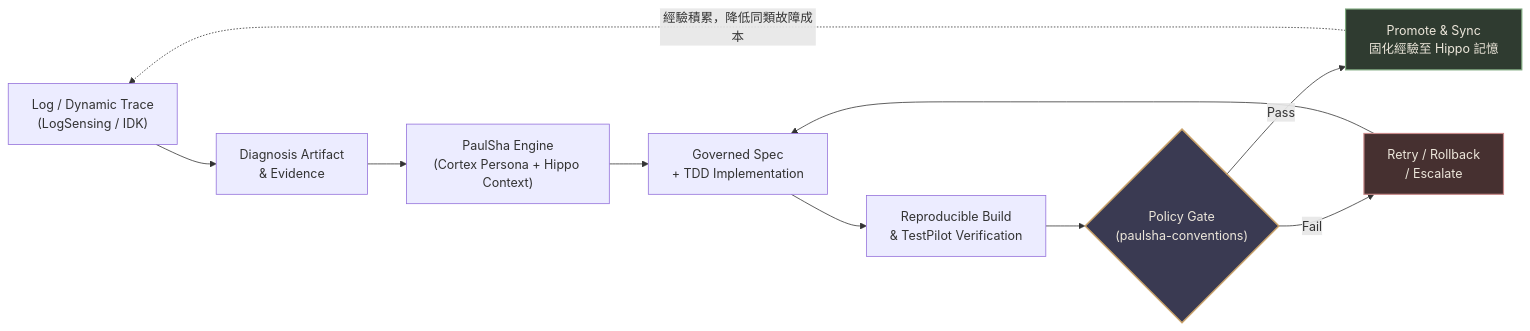
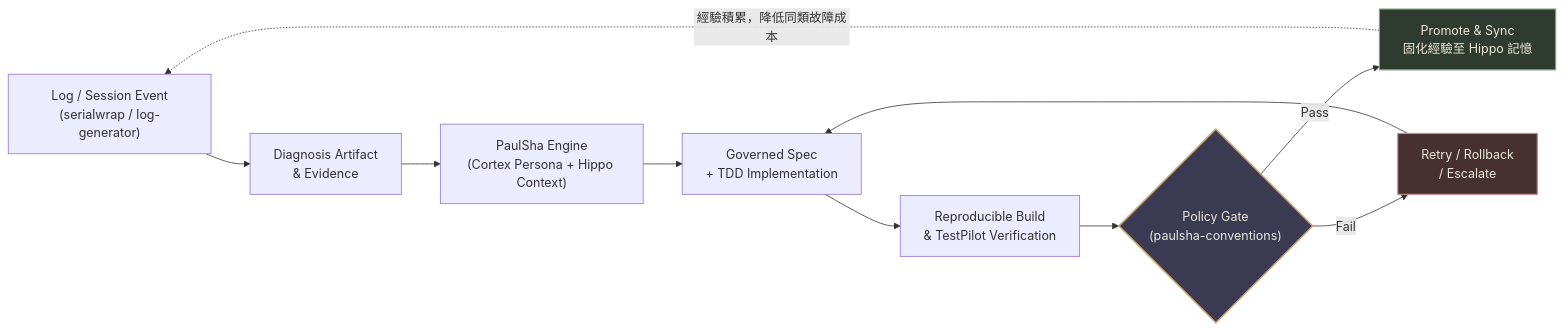
The second of 2 diagrams in README.md (hamanpaul/hamanpaul), drawn with Mermaid before and after one commit. The commit also changed other lines of this file, not shown here.

````diff
--- a/README.md
+++ b/README.md
@@ -152,16 +143,16 @@
 ```mermaid
 flowchart LR
-    A["Log / Dynamic Trace<br/>(LogSensing / IDK)"] --> B["Diagnosis Artifact<br/>& Evidence"]
+    A["Log / Session Event<br/>(serialwrap / log-generator)"] --> B["Diagnosis Artifact<br/>& Evidence"]
     B --> C["PaulSha Engine<br/>(Cortex Persona + Hippo Context)"]
     C --> D["Governed Spec<br/>+ TDD Implementation"]
     D --> E["Reproducible Build<br/>& TestPilot Verification"]
     E --> G{"Policy Gate<br/>(paulsha-conventions)"}
     G -->|Pass| P["Promote & Sync<br/>固化經驗至 Hippo 記憶"]
     G -->|Fail| R["Retry / Rollback<br/>/ Escalate"]
     R --> D
     P -.->|經驗積累，降低同類故障成本| A
 
     style G fill:#3a3a52,stroke:#c9a26a,stroke-width:2px,color:#ece6da
     style P fill:#2f3b30,stroke:#7faa7f,stroke-width:1.5px,color:#ece6da
     style R fill:#463030,stroke:#c98a8a,stroke-width:1.5px,color:#ece6da
 ```
````
